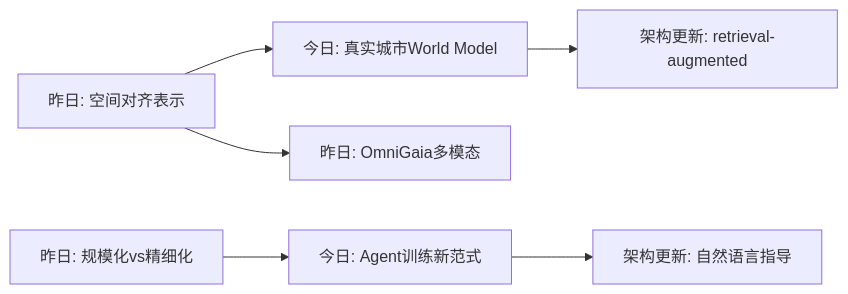
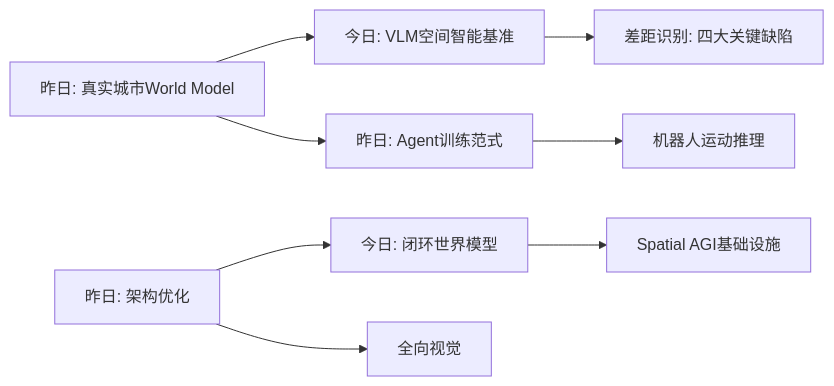
The diagram in spatial_agi/daily_thinking/2026-03-18.md (ihbhunobuyb/spatial_agi), drawn with Mermaid before and after one commit. The commit also changed other lines of this file and 53 other files, not shown here.

````diff
--- a/spatial_agi/daily_thinking/2026-03-18.md
+++ b/spatial_agi/daily_thinking/2026-03-18.md
@@ -123,9 +134,11 @@
 ```mermaid
 graph LR
-    A[昨日: 空间对齐表示] --> B[今日: 真实城市World Model]
-    A --> C[昨日: OmniGaia多模态]
-    B --> D[架构更新: retrieval-augmented]
+    A[昨日: 真实城市World Model] --> B[今日: VLM空间智能基准]
+    A --> C[昨日: Agent训练范式]
+    B --> D[差距识别: 四大关键缺陷]
+    C --> E[机器人运动推理]
     
-    E[昨日: 规模化vs精细化] --> F[今日: Agent训练新范式]
-    F --> G[架构更新: 自然语言指导]
+    F[昨日: 架构优化] --> G[今日: 闭环世界模型]
+    F --> H[全向视觉]
+    G --> I[Spatial AGI基础设施]
 ```
````
